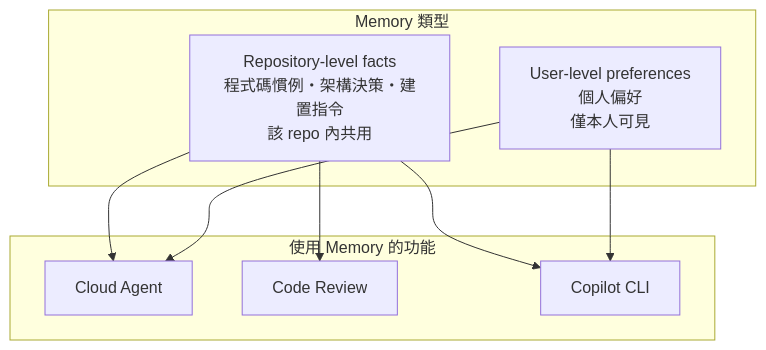
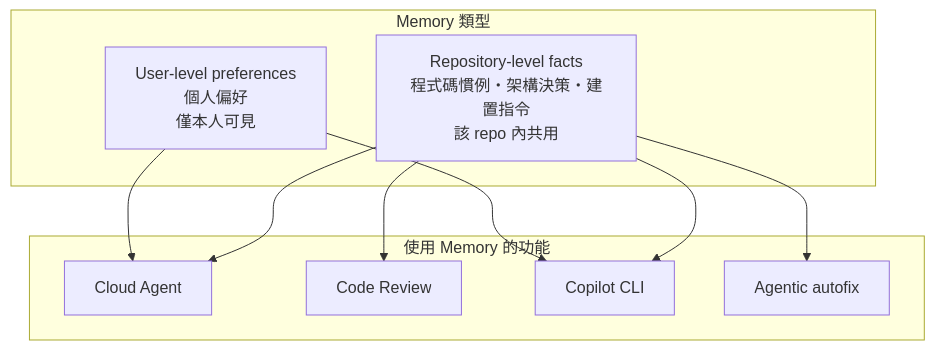
One commit to chihhung/Blog changed diagram 11 of 26 in content/posts/教學/AI開發/github copilot生態圈教學手冊.md. Above: the diagram before and after it, drawn with Mermaid. The commit also changed other lines of this file and 5 other files, not shown here.

````diff
--- a/content/posts/教學/AI開發/github copilot生態圈教學手冊.md
+++ b/content/posts/教學/AI開發/github copilot生態圈教學手冊.md
@@ -2738,19 +3071,21 @@
 ```mermaid
 flowchart TB
     subgraph "Memory 類型"
         A[Repository-level facts<br/>程式碼慣例・架構決策・建置指令<br/>該 repo 內共用]
         B[User-level preferences<br/>個人偏好<br/>僅本人可見]
     end
 
     subgraph "使用 Memory 的功能"
         C[Cloud Agent]
         D[Code Review]
         E[Copilot CLI]
+        F[Agentic autofix]
     end
 
     A --> C
     A --> D
     A --> E
+    A --> F
     B --> C
     B --> E
 ```
````
